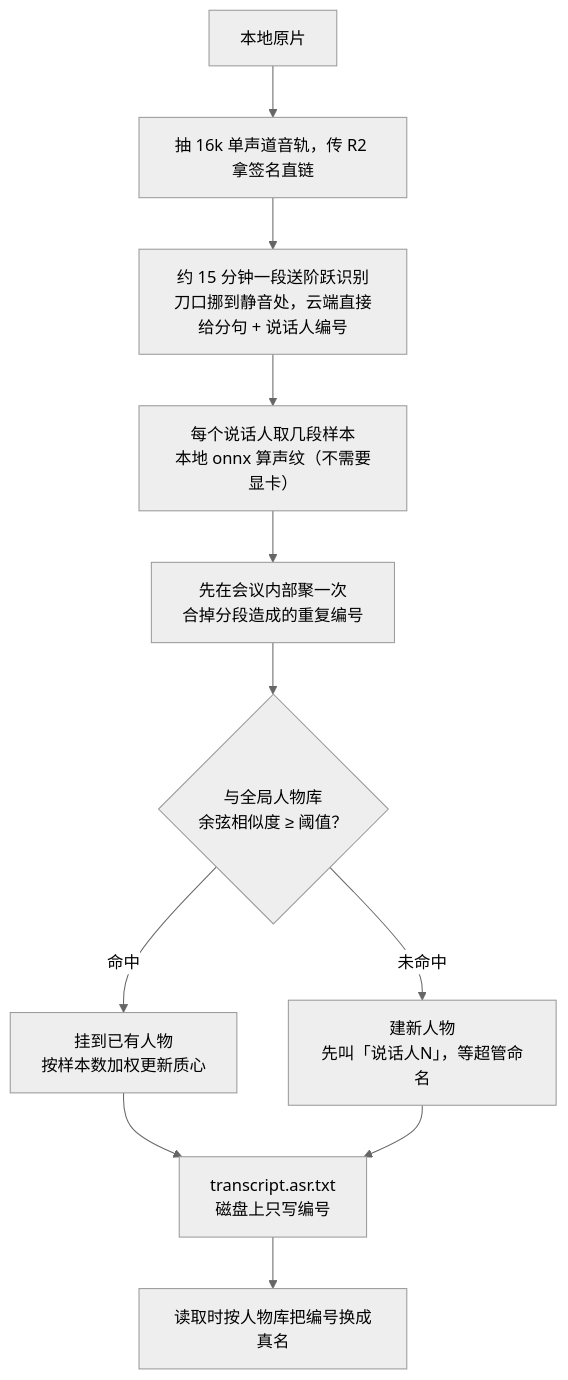
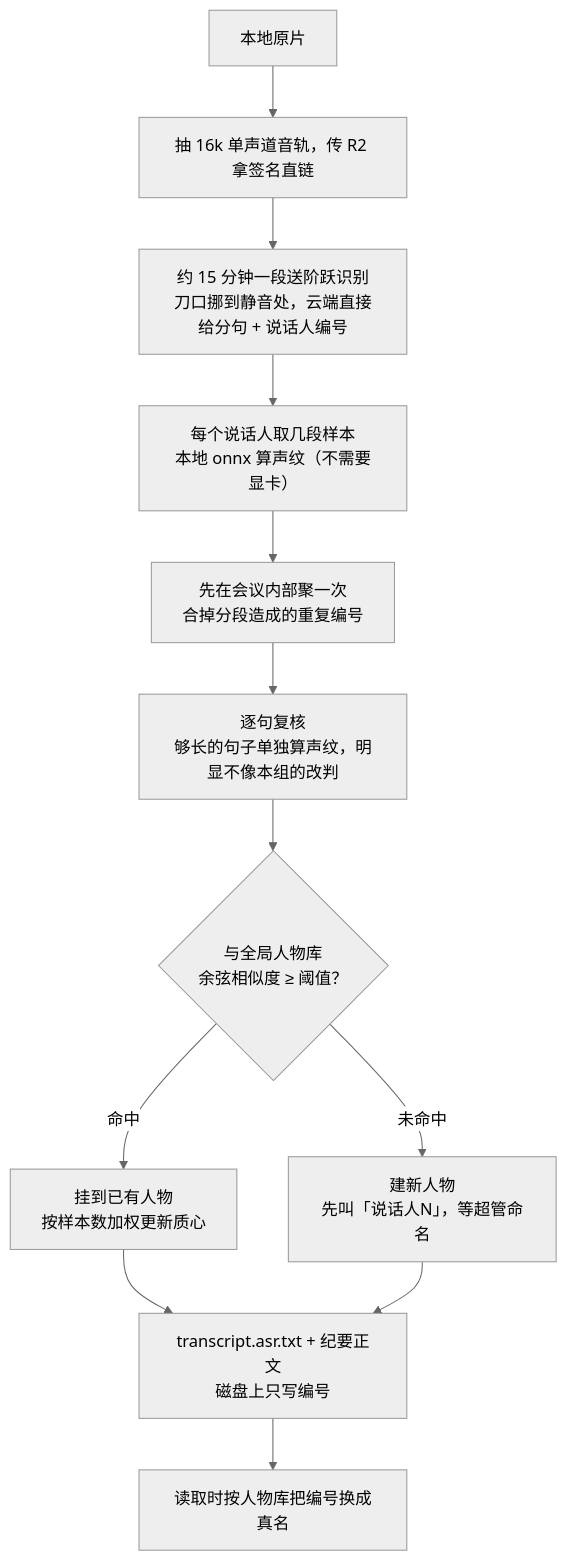
One commit to Simuoss/feishu-minutes-automation changed the third of 3 diagrams in README.md. Above: the diagram before and after it, drawn with Mermaid (neutral theme). The commit also changed other lines of this file and 18 other files, not shown here.

````diff
--- a/README.md
+++ b/README.md
@@ -118,13 +118,14 @@
 ```mermaid
 flowchart TD
     A["本地原片"] --> B["抽 16k 单声道音轨，传 R2 拿签名直链"]
     B --> C["约 15 分钟一段送阶跃识别<br/>刀口挪到静音处，云端直接给分句 + 说话人编号"]
     C --> D["每个说话人取几段样本<br/>本地 onnx 算声纹（不需要显卡）"]
     D --> E["先在会议内部聚一次<br/>合掉分段造成的重复编号"]
-    E --> F{"与全局人物库<br/>余弦相似度 ≥ 阈值？"}
+    E --> V["逐句复核<br/>够长的句子单独算声纹，明显不像本组的改判"]
+    V --> F{"与全局人物库<br/>余弦相似度 ≥ 阈值？"}
     F -->|"命中"| G["挂到已有人物<br/>按样本数加权更新质心"]
     F -->|"未命中"| H["建新人物<br/>先叫「说话人N」，等超管命名"]
-    G --> I["transcript.asr.txt<br/>磁盘上只写编号"]
+    G --> I["transcript.asr.txt + 纪要正文<br/>磁盘上只写编号"]
     H --> I
     I --> J["读取时按人物库把编号换成真名"]
 ```
````
